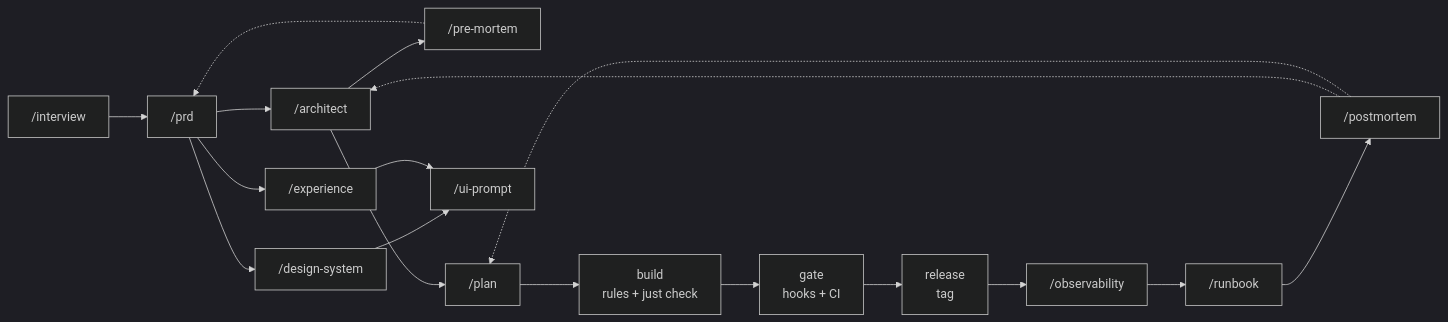
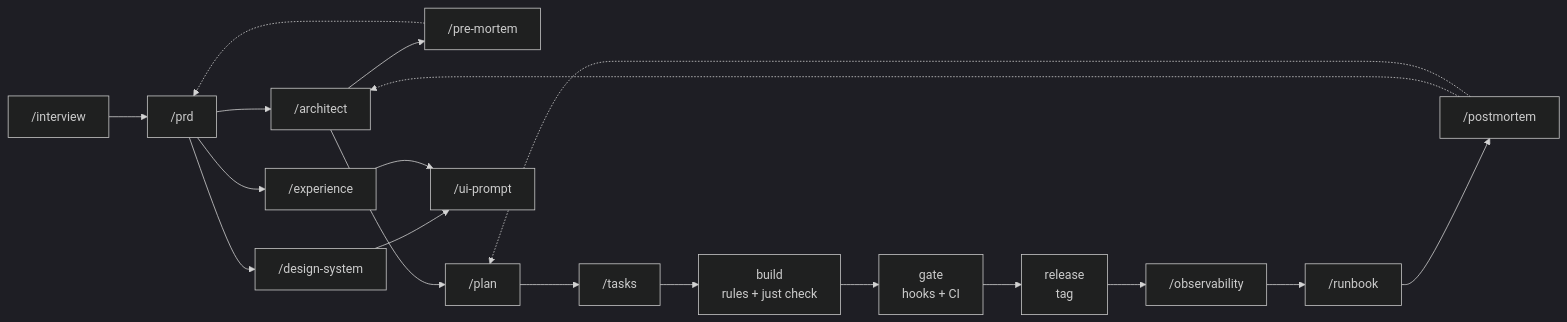
One commit to dohrm/claude-rules changed the diagram in README.md. Above: the diagram before and after it, drawn with Mermaid (dark theme). The commit also changed other lines of this file and 8 other files, not shown here.

````diff
--- a/README.md
+++ b/README.md
@@ -19,18 +19,19 @@
 ```mermaid
 flowchart LR
   I["/interview"] --> P["/prd"]
   P --> A["/architect"]
   A --> PM["/pre-mortem"]
   PM -.-> P
   A --> PL["/plan"]
   P --> DS["/design-system"] & EX["/experience"]
   DS & EX --> UP["/ui-prompt"]
-  PL --> B["build<br/>rules + just check"]
+  PL --> T["/tasks"]
+  T --> B["build<br/>rules + just check"]
   B --> G["gate<br/>hooks + CI"]
   G --> R["release<br/>tag"]
   R --> O["/observability"]
   O --> RB["/runbook"]
   RB --> PMO["/postmortem"]
   PMO -.-> A
   PMO -.-> PL
 ```
````
